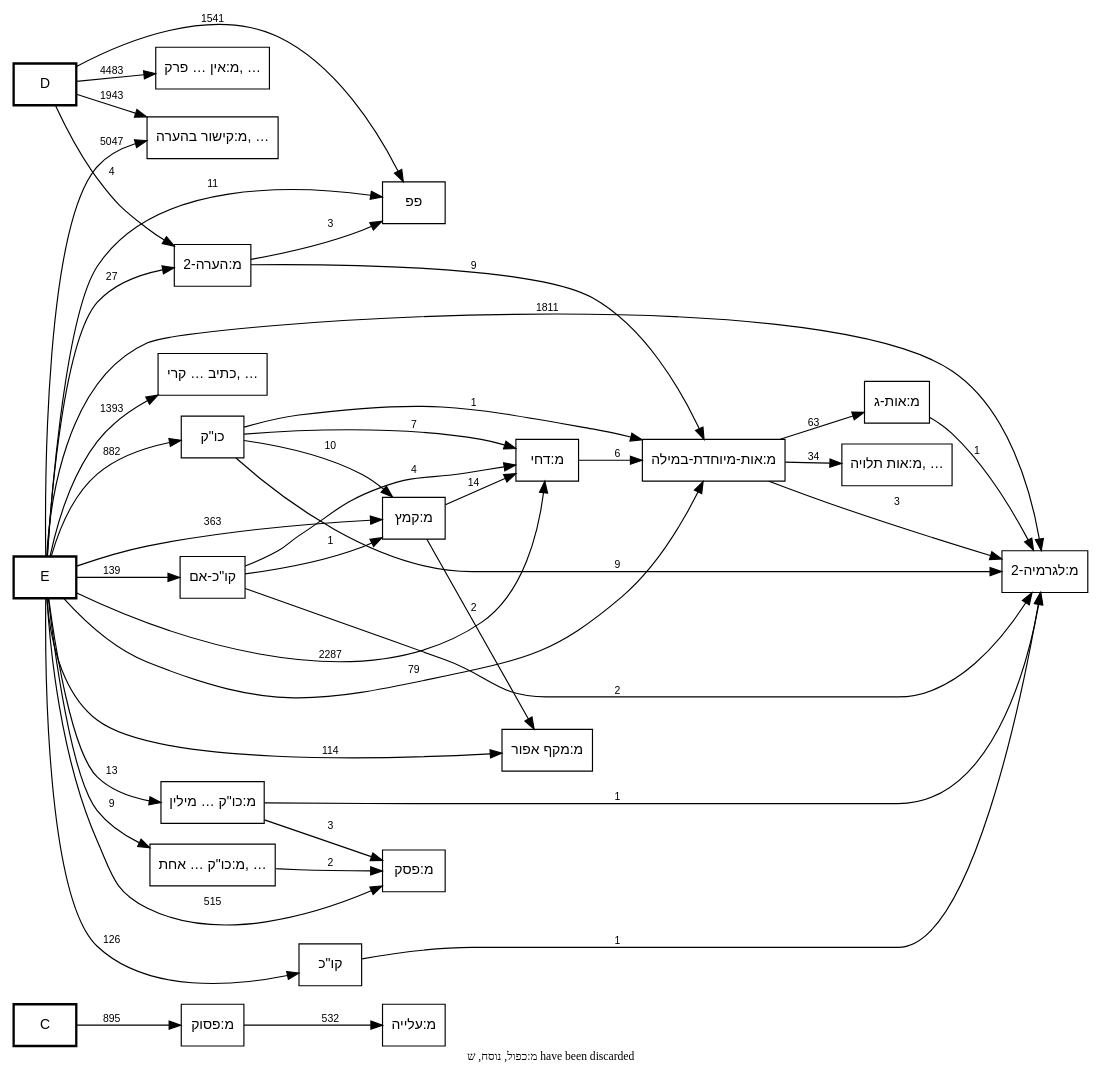
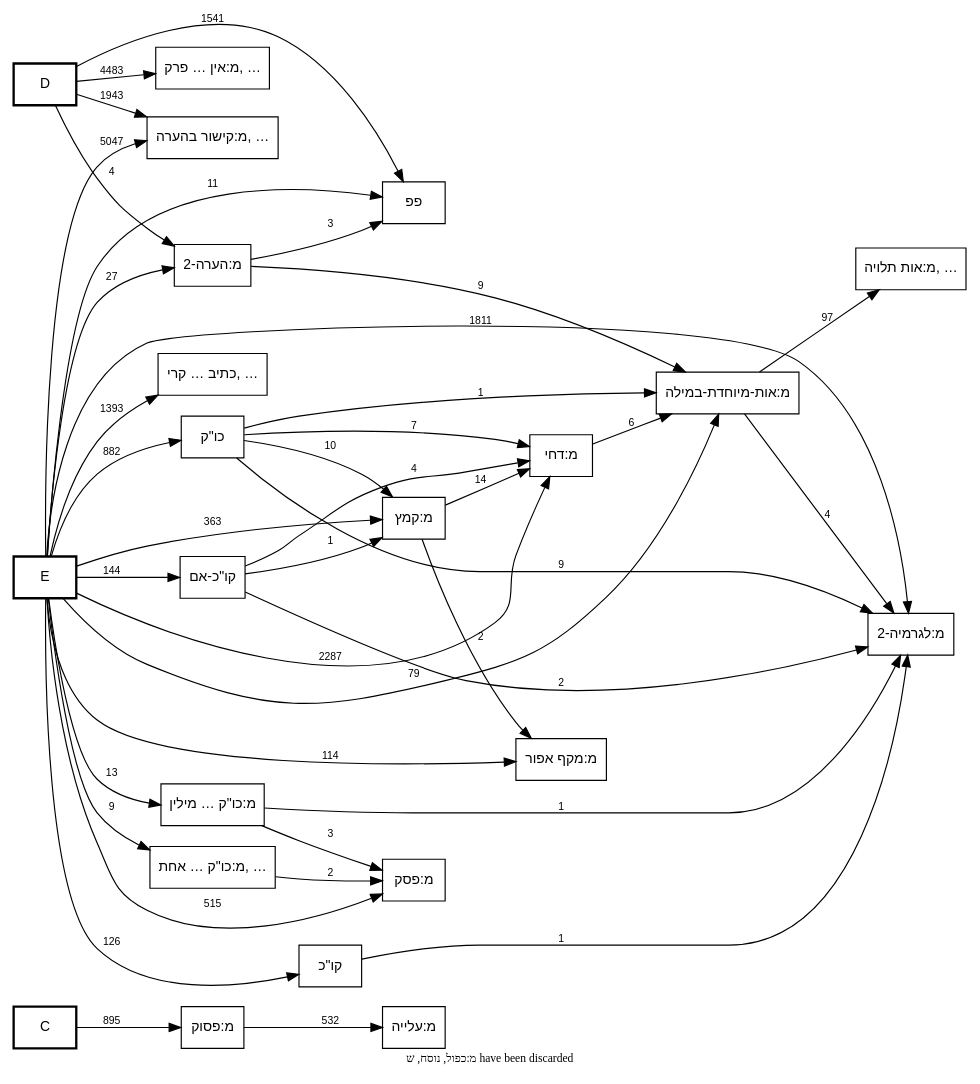
The diagram in out/MAM-tmpl-survey/plus-call-graph.dot (bdenckla/MAM-basics), drawn with Graphviz before and after one commit. The commit also changed 18 other files, not shown here.

```diff
--- a/out/MAM-tmpl-survey/plus-call-graph.dot
+++ b/out/MAM-tmpl-survey/plus-call-graph.dot
@@ -1,93 +1,92 @@
 digraph template_call_graph {
     rankdir=LR;
     node [fontname="SBL Hebrew,Helvetica", fontsize=12];
     edge [fontname="Helvetica", fontsize=9];
 
     // Column nodes
     node [shape=box, style=bold];
     "C";
     "D";
     "E";
 
     // Template nodes
     node [shape=box, style=""];
-    "כתיב ולא קרי" [label="כתיב … קרי, …", tooltip="כתיב ולא קרי
+    "כתיב … קרי, …" [tooltip="כתיב ולא קרי
 מ:כו\"ק בין שני מקפים
 מ:כו\"ק כתיב מילה חדה וקרי תרתין מילין בין שני מקפים
 מ:כו\"ק כתיב תרתין מילין וקרי מילה חדה
 מ:כו\"ק קרי שונה מהכתיב בשתי מילים
 מ:כו\"ק של שלוש מילים בהערה אחת
 מ:נו\"ן הפוכה
 מ:צינור
 מ:קו\"כ קרי שונה מהכתיב בשתי מילים
 מ:קישור פנימי בהערה
 מודגש
 קרי ולא כתיב
 ר0
 ר2
 ר3"];
-    "מ:אות תלויה" [label="מ:אות תלויה, …", tooltip="מ:אות תלויה
+    "מ:אות תלויה, …" [tooltip="מ:אות תלויה
+מ:אות-ג
 מ:אות-ק"];
-    "מ:אין פרשה בתחילת פרק" [label="מ:אין … פרק, …", tooltip="מ:אין פרשה בתחילת פרק
+    "מ:אין … פרק, …" [tooltip="מ:אין פרשה בתחילת פרק
 מ:אין פרשה בתחילת פרק בספרי אמ\"ת
 מ:אין רווח של פרשה בתחילת פרשת השבוע
 מ:ספר חדש
 מ:רווח בתרי עשר בפסוק הראשון
 מ:רווח לספר בתהלים בפסוק הראשון
 ר4"];
     "מ:כו\"ק כתיב מילה חדה וקרי תרתין מילין" [label="מ:כו\"ק … מילין", tooltip="מ:כו\"ק כתיב מילה חדה וקרי תרתין מילין"];
-    "מ:כו\"ק של שתי מילים בהערה אחת" [label="מ:כו\"ק … אחת, …", tooltip="מ:כו\"ק של שתי מילים בהערה אחת
+    "מ:כו\"ק … אחת, …" [tooltip="מ:כו\"ק של שתי מילים בהערה אחת
 מ:קו\"כ כתיב מילה חדה וקרי תרתין מילין"];
-    "מ:קישור בהערה" [label="מ:קישור בהערה, …", tooltip="מ:קישור בהערה
+    "מ:קישור בהערה, …" [tooltip="מ:קישור בהערה
 מ:ששש
 סס
 ססס
 פפפ
 ר1"];
 
     // Note
     graph [label="מ:כפול, נוסח, ש have been discarded", labelloc=b, fontsize=10];
 
     // Edges
     "C" -> "מ:פסוק" [label="895"];
-    "D" -> "מ:אין פרשה בתחילת פרק" [label="4483"];
+    "D" -> "מ:אין … פרק, …" [label="4483"];
     "D" -> "מ:הערה-2" [label="4"];
-    "D" -> "מ:קישור בהערה" [label="1943"];
+    "D" -> "מ:קישור בהערה, …" [label="1943"];
     "D" -> "פפ" [label="1541"];
     "E" -> "כו\"ק" [label="882"];
-    "E" -> "כתיב ולא קרי" [label="1393"];
+    "E" -> "כתיב … קרי, …" [label="1393"];
     "E" -> "מ:אות-מיוחדת-במילה" [label="79"];
     "E" -> "מ:דחי" [label="2287"];
     "E" -> "מ:הערה-2" [label="27"];
     "E" -> "מ:כו\"ק כתיב מילה חדה וקרי תרתין מילין" [label="13"];
-    "E" -> "מ:כו\"ק של שתי מילים בהערה אחת" [label="9"];
+    "E" -> "מ:כו\"ק … אחת, …" [label="9"];
     "E" -> "מ:לגרמיה-2" [label="1811"];
     "E" -> "מ:מקף אפור" [label="114"];
     "E" -> "מ:פסק" [label="515"];
-    "E" -> "מ:קישור בהערה" [label="5047"];
+    "E" -> "מ:קישור בהערה, …" [label="5047"];
     "E" -> "מ:קמץ" [label="363"];
     "E" -> "פפ" [label="11"];
     "E" -> "קו\"כ" [label="126"];
-    "E" -> "קו\"כ-אם" [label="139"];
+    "E" -> "קו\"כ-אם" [label="144"];
     "כו\"ק" -> "מ:אות-מיוחדת-במילה" [label="1"];
     "כו\"ק" -> "מ:דחי" [label="7"];
     "כו\"ק" -> "מ:לגרמיה-2" [label="9"];
     "כו\"ק" -> "מ:קמץ" [label="10"];
-    "מ:אות-ג" -> "מ:לגרמיה-2" [label="1"];
-    "מ:אות-מיוחדת-במילה" -> "מ:אות תלויה" [label="34"];
-    "מ:אות-מיוחדת-במילה" -> "מ:אות-ג" [label="63"];
-    "מ:אות-מיוחדת-במילה" -> "מ:לגרמיה-2" [label="3"];
+    "מ:אות-מיוחדת-במילה" -> "מ:אות תלויה, …" [label="97"];
+    "מ:אות-מיוחדת-במילה" -> "מ:לגרמיה-2" [label="4"];
     "מ:דחי" -> "מ:אות-מיוחדת-במילה" [label="6"];
     "מ:הערה-2" -> "מ:אות-מיוחדת-במילה" [label="9"];
     "מ:הערה-2" -> "פפ" [label="3"];
     "מ:כו\"ק כתיב מילה חדה וקרי תרתין מילין" -> "מ:לגרמיה-2" [label="1"];
     "מ:כו\"ק כתיב מילה חדה וקרי תרתין מילין" -> "מ:פסק" [label="3"];
-    "מ:כו\"ק של שתי מילים בהערה אחת" -> "מ:פסק" [label="2"];
+    "מ:כו\"ק … אחת, …" -> "מ:פסק" [label="2"];
     "מ:פסוק" -> "מ:עלייה" [label="532"];
     "מ:קמץ" -> "מ:דחי" [label="14"];
     "מ:קמץ" -> "מ:מקף אפור" [label="2"];
     "קו\"כ" -> "מ:לגרמיה-2" [label="1"];
     "קו\"כ-אם" -> "מ:דחי" [label="4"];
     "קו\"כ-אם" -> "מ:לגרמיה-2" [label="2"];
     "קו\"כ-אם" -> "מ:קמץ" [label="1"];
 }
```
